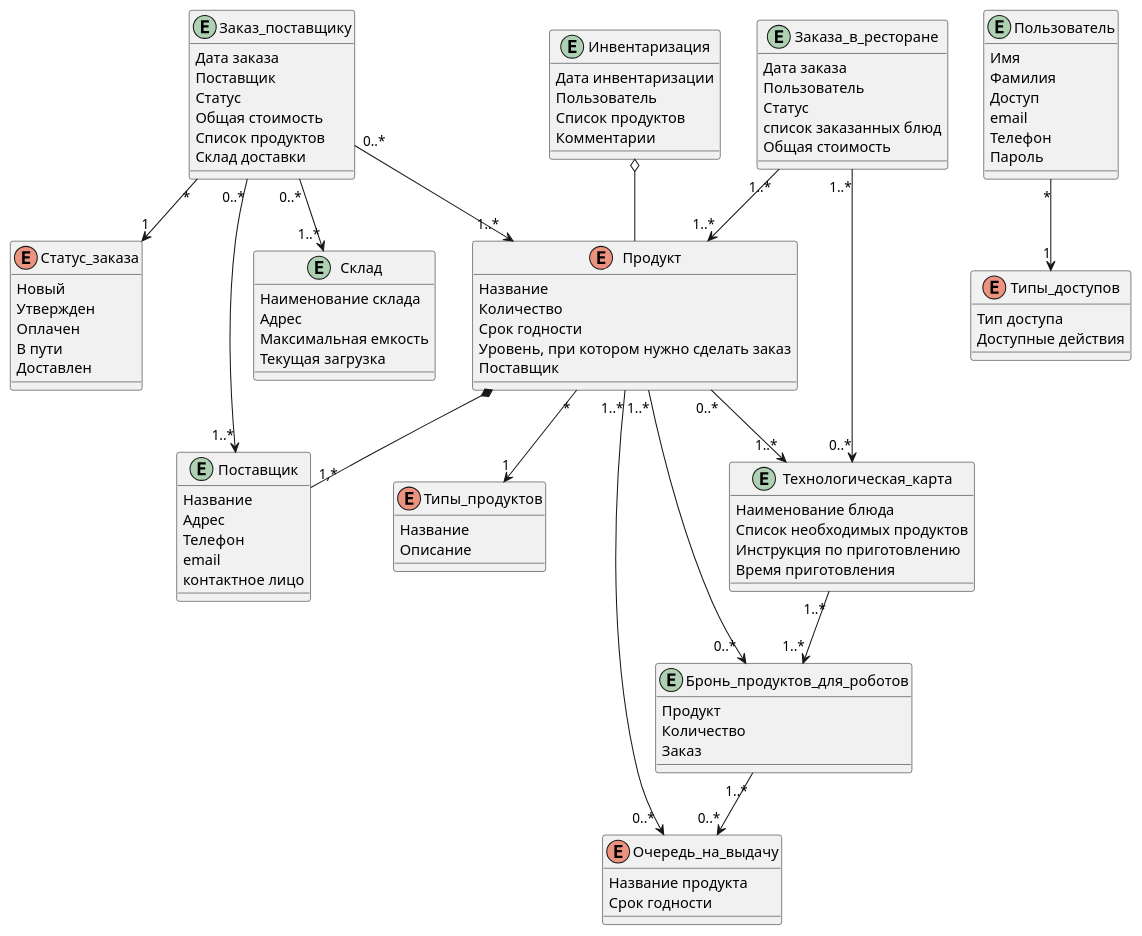
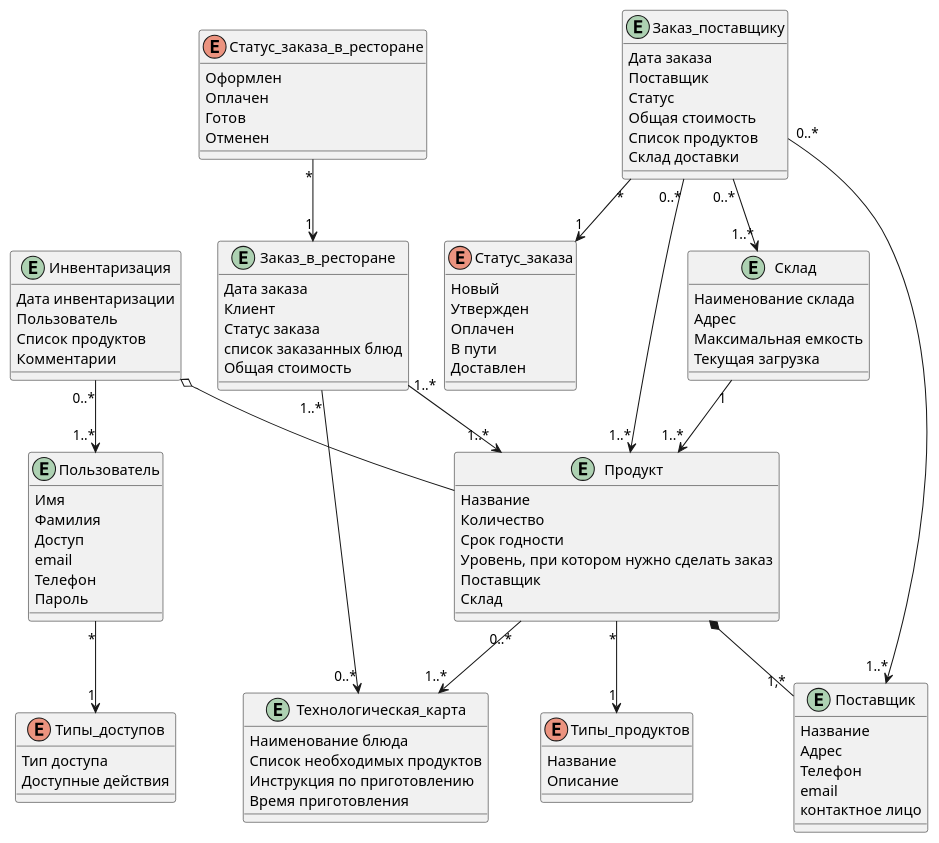
Before and after one commit to KapustinaAnna/KapustinaAnna.github.io: the diagram in site/diagrams/src/class.puml, drawn with PlantUML. The commit also changed 12 other files, not shown here.

First line of the commit message:
architecture

```diff
--- a/site/diagrams/src/class.puml
+++ b/site/diagrams/src/class.puml
@@ -1,107 +1,111 @@
- @startuml
-Enum Продукт {
+@startuml
+Entity Продукт {
 Название
 Количество
 Срок годности
 Уровень, при котором нужно сделать заказ
 Поставщик
+Склад
 }
 
 Entity Поставщик{
 Название
 Адрес
 Телефон 
 email
 контактное лицо
 }
  
 
 Entity Пользователь {
 Имя
 Фамилия
 Доступ 
 email
 Телефон
 Пароль
 }
 
 Enum Типы_доступов {
 Тип доступа
 Доступные действия
 }
 
 Entity Заказ_поставщику {
 Дата заказа
 Поставщик
 Статус
 Общая стоимость
 Список продуктов
 Склад доставки
 }
 
 
-Entity Заказа_в_ресторане {
+Entity Заказ_в_ресторане {
 Дата заказа
-Пользователь 
-Статус
+Клиент 
+Статус заказа
 список заказанных блюд
 Общая стоимость
 
+}
+Enum Статус_заказа_в_ресторане {
+Оформлен
+Оплачен
+Готов
+Отменен
 }
 
 Entity Технологическая_карта {
 Наименование блюда
 Список необходимых продуктов
 Инструкция по приготовлению
 Время приготовления
 
 }
 Enum Типы_продуктов {
 Название
 Описание
 }
-Enum Очередь_на_выдачу {
-Название продукта
-Срок годности
-}
+
 Entity Склад {
 Наименование склада
 Адрес
 Максимальная емкость
 Текущая загрузка
 }
 Entity Инвентаризация {
 Дата инвентаризации
 Пользователь
 Список продуктов 
 Комментарии 
 }
-Entity Бронь_продуктов_для_роботов {
-Продукт
-Количество
-Заказ
-}
+
 Enum Статус_заказа {
   Новый
   Утвержден
   Оплачен
   В пути
   Доставлен
 }
 
 Продукт *--"1,*" Поставщик
 Инвентаризация o-- Продукт
 Заказ_поставщику "0..*" --> "1..*" Продукт
 Пользователь "*" --> "1" Типы_доступов
+
 Продукт "*" --> "1" Типы_продуктов
-Продукт "1..*" --> "0..* " Бронь_продуктов_для_роботов
+
 Продукт "0..*" --> "1..*" Технологическая_карта
-Продукт "1..*" --> "0..* " Очередь_на_выдачу
+
 Заказ_поставщику "0..*" --> "1..*" Склад
-Заказа_в_ресторане "1..*" --> "0..*"  Технологическая_карта
-Технологическая_карта "1..*" --> "1..*" Бронь_продуктов_для_роботов
+Заказ_в_ресторане "1..*" --> "0..*"  Технологическая_карта
+
 Заказ_поставщику"0..*" --> "1..*"Поставщик
-Бронь_продуктов_для_роботов "1..*" --> "0..*"Очередь_на_выдачу
+
 Заказ_поставщику "*" --> "1" Статус_заказа
-Заказа_в_ресторане "1..*" --> "1..*" Продукт
+Заказ_в_ресторане "1..*" --> "1..*" Продукт
+Склад "1" --> "1..*" Продукт
+Статус_заказа_в_ресторане "*" --> "1" Заказ_в_ресторане
+Инвентаризация "0..*" --> "1..*" Пользователь
 @enduml
```
